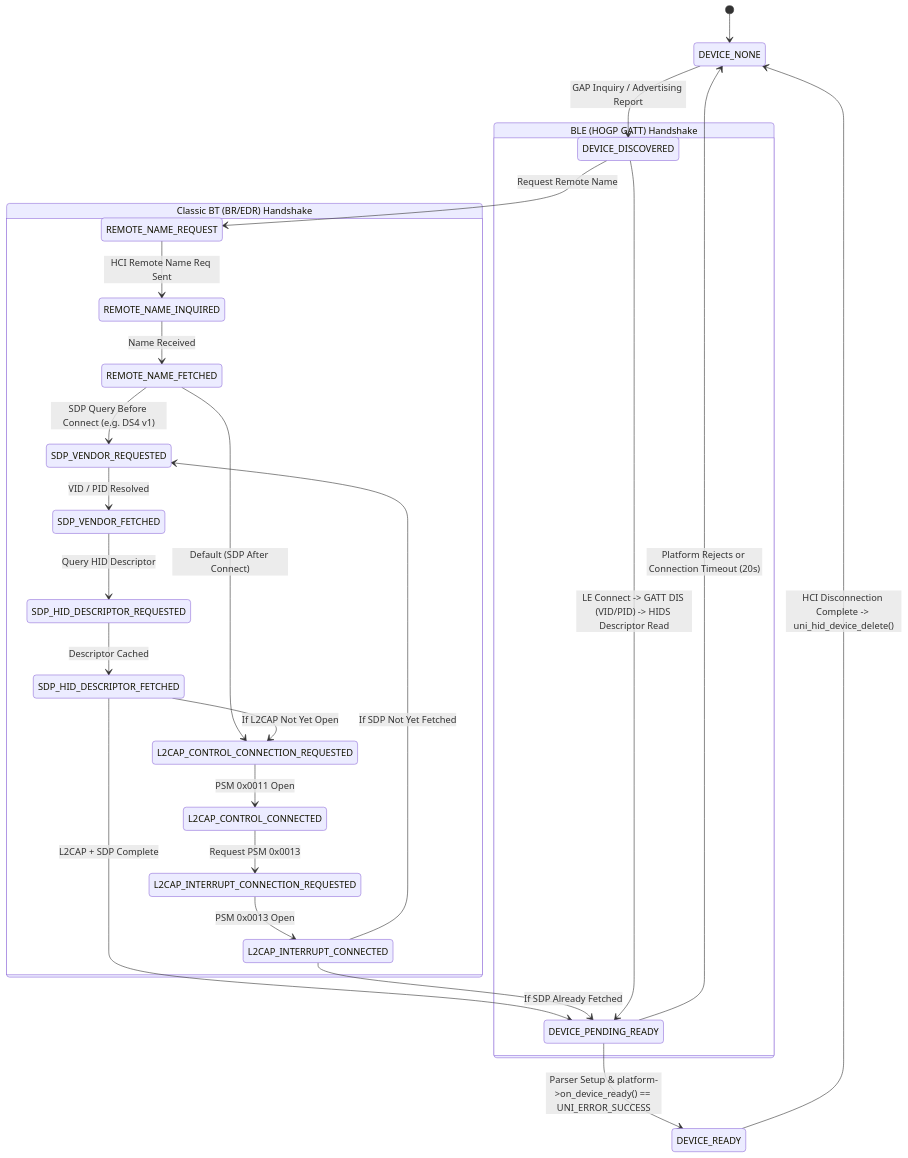
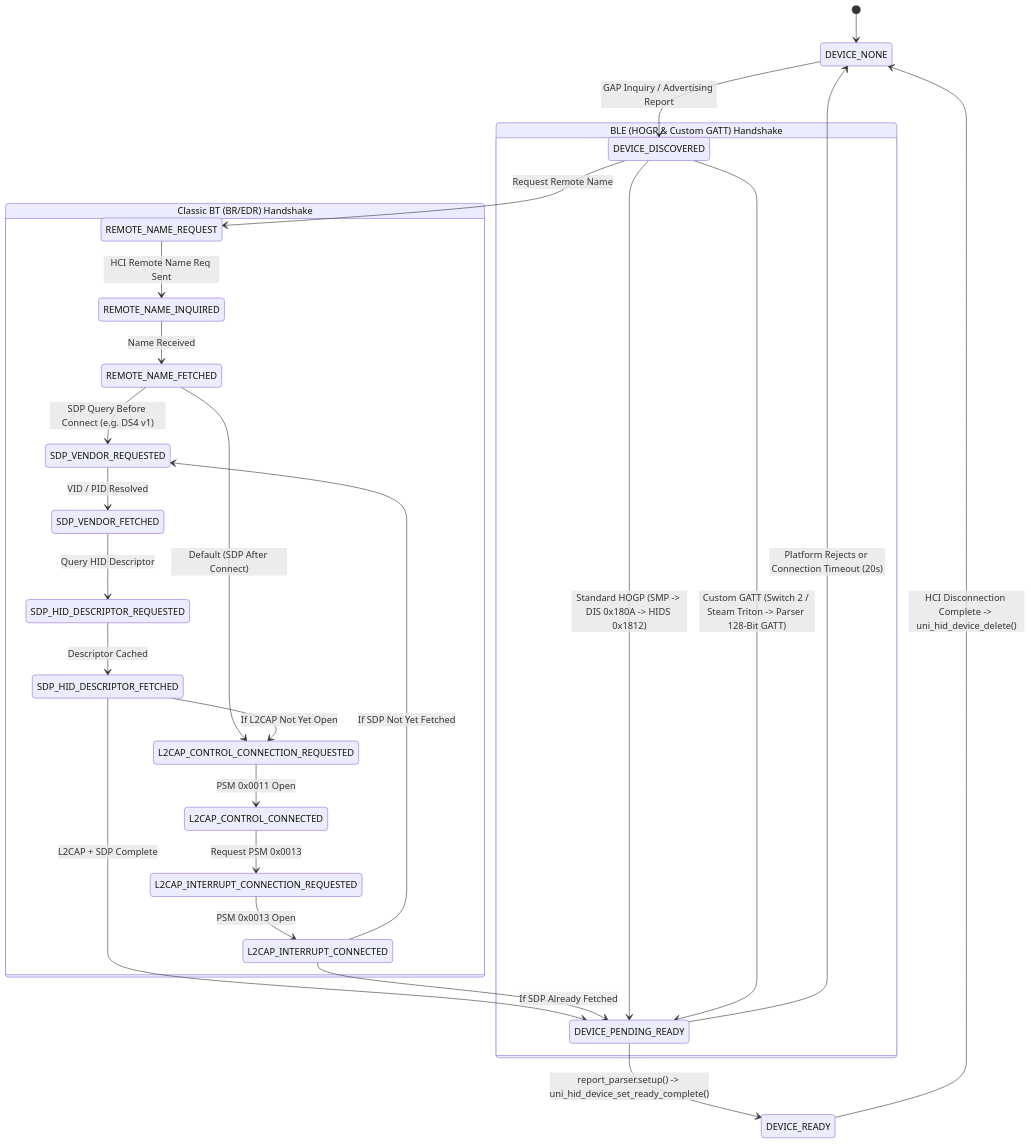
The second of 3 diagrams in docs/architecture.md (ricardoquesada/bluepad32), drawn with Mermaid before and after one commit. The commit also changed other lines of this file, not shown here.

Commit message:
update architecture with v5.0 changes

````diff
--- a/docs/architecture.md
+++ b/docs/architecture.md
@@ -115,34 +119,35 @@
 ```mermaid
 stateDiagram-v2
     [*] --> DEVICE_NONE
     DEVICE_NONE --> DEVICE_DISCOVERED : GAP Inquiry / Advertising Report
 
     state "Classic BT (BR/EDR) Handshake" as BREDR {
         DEVICE_DISCOVERED --> REMOTE_NAME_REQUEST : Request Remote Name
         REMOTE_NAME_REQUEST --> REMOTE_NAME_INQUIRED : HCI Remote Name Req Sent
         REMOTE_NAME_INQUIRED --> REMOTE_NAME_FETCHED : Name Received
 
         REMOTE_NAME_FETCHED --> SDP_VENDOR_REQUESTED : SDP Query Before Connect (e.g. DS4 v1)
         REMOTE_NAME_FETCHED --> L2CAP_CONTROL_CONNECTION_REQUESTED : Default (SDP After Connect)
 
         SDP_VENDOR_REQUESTED --> SDP_VENDOR_FETCHED : VID / PID Resolved
         SDP_VENDOR_FETCHED --> SDP_HID_DESCRIPTOR_REQUESTED : Query HID Descriptor
         SDP_HID_DESCRIPTOR_REQUESTED --> SDP_HID_DESCRIPTOR_FETCHED : Descriptor Cached
 
         L2CAP_CONTROL_CONNECTION_REQUESTED --> L2CAP_CONTROL_CONNECTED : PSM 0x0011 Open
         L2CAP_CONTROL_CONNECTED --> L2CAP_INTERRUPT_CONNECTION_REQUESTED : Request PSM 0x0013
         L2CAP_INTERRUPT_CONNECTION_REQUESTED --> L2CAP_INTERRUPT_CONNECTED : PSM 0x0013 Open
         L2CAP_INTERRUPT_CONNECTED --> SDP_VENDOR_REQUESTED : If SDP Not Yet Fetched
         SDP_HID_DESCRIPTOR_FETCHED --> L2CAP_CONTROL_CONNECTION_REQUESTED : If L2CAP Not Yet Open
         SDP_HID_DESCRIPTOR_FETCHED --> DEVICE_PENDING_READY : L2CAP + SDP Complete
         L2CAP_INTERRUPT_CONNECTED --> DEVICE_PENDING_READY : If SDP Already Fetched
     }
 
-    state "BLE (HOGP GATT) Handshake" as BLE {
-        DEVICE_DISCOVERED --> DEVICE_PENDING_READY : LE Connect -> GATT DIS (VID/PID) -> HIDS Descriptor Read
+    state "BLE (HOGP & Custom GATT) Handshake" as BLE {
+        DEVICE_DISCOVERED --> DEVICE_PENDING_READY : Standard HOGP (SMP -> DIS 0x180A -> HIDS 0x1812)
+        DEVICE_DISCOVERED --> DEVICE_PENDING_READY : Custom GATT (Switch 2 / Steam Triton -> Parser 128-Bit GATT)
     }
 
-    DEVICE_PENDING_READY --> DEVICE_READY : Parser Setup & platform->on_device_ready() == UNI_ERROR_SUCCESS
+    DEVICE_PENDING_READY --> DEVICE_READY : report_parser.setup() -> uni_hid_device_set_ready_complete()
     DEVICE_PENDING_READY --> DEVICE_NONE : Platform Rejects or Connection Timeout (20s)
     DEVICE_READY --> DEVICE_NONE : HCI Disconnection Complete -> uni_hid_device_delete()
 ```
````
